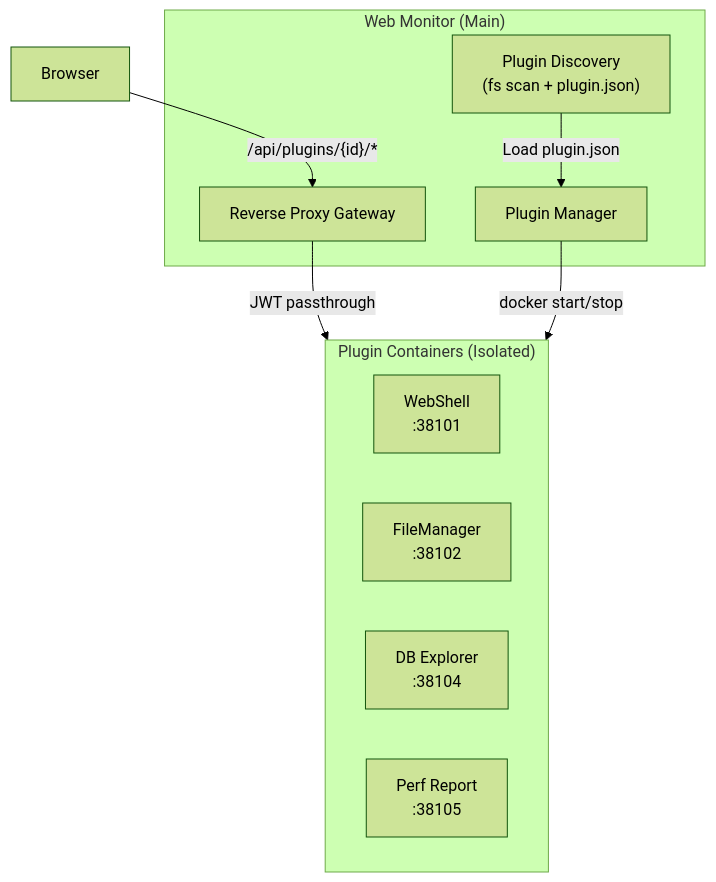
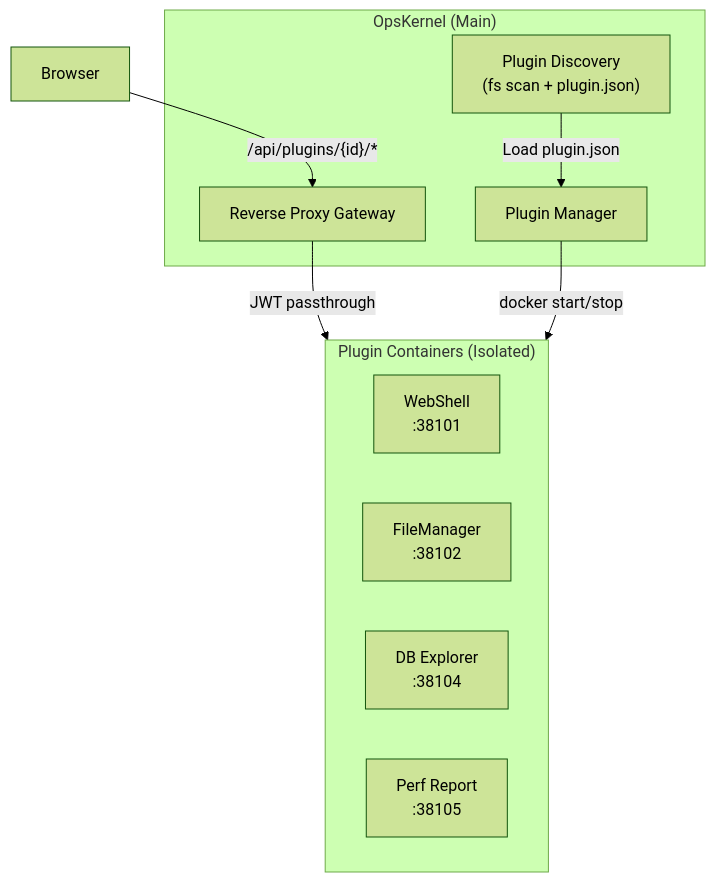
The seventh of 7 diagrams in docs/ARCHITECTURE.md (AnalyseDeCircuit/web-monitor), drawn with Mermaid (forest theme) before and after one commit. The commit also changed other lines of this file and 63 other files, not shown here.

Commit message:
Changed name to OpsKernel

````diff
--- a/docs/ARCHITECTURE.md
+++ b/docs/ARCHITECTURE.md
@@ -496,20 +496,20 @@
 ```mermaid
 graph TB
-    subgraph Main["Web Monitor (Main)"]
+    subgraph Main["OpsKernel (Main)"]
         PluginMgr["Plugin Manager"]
         Proxy["Reverse Proxy Gateway"]
         Discovery["Plugin Discovery<br/>(fs scan + plugin.json)"]
     end
     
     subgraph Plugins["Plugin Containers (Isolated)"]
         WS["WebShell<br/>:38101"]
         FM["FileManager<br/>:38102"]
         DB["DB Explorer<br/>:38104"]
         PR["Perf Report<br/>:38105"]
     end
     
     Browser -->|"/api/plugins/{id}/*"| Proxy
     Proxy -->|"JWT passthrough"| Plugins
     PluginMgr -->|"docker start/stop"| Plugins
     Discovery -->|"Load plugin.json"| PluginMgr
 ```
````
